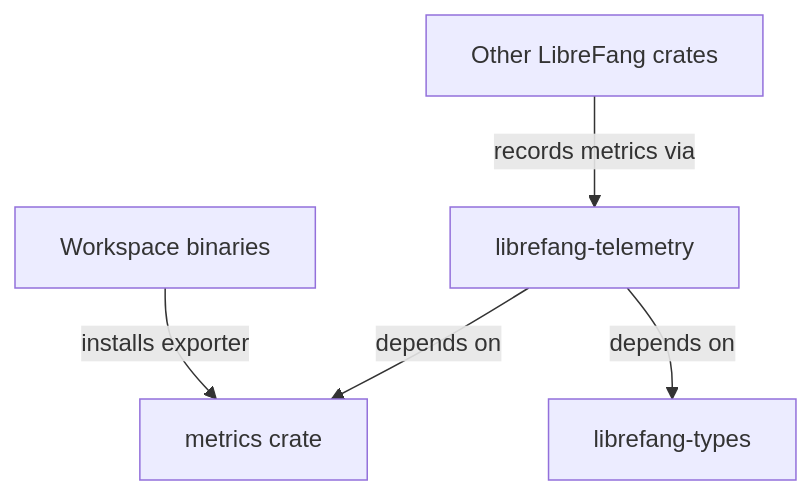
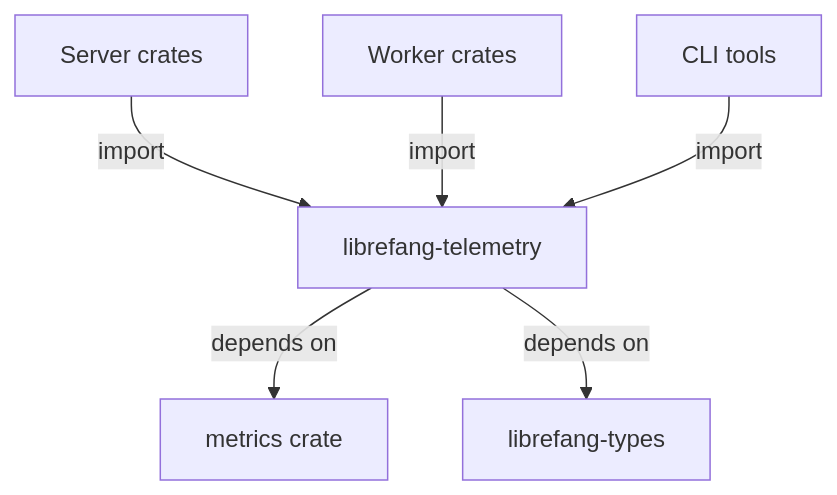
The diagram in other-librefang-telemetry.md (leszek3737/librefang-WIki), drawn with Mermaid before and after one commit. The commit also changed other lines of this file and 118 other files, not shown here.

````diff
--- a/other-librefang-telemetry.md
+++ b/other-librefang-telemetry.md
@@ -28,7 +13,8 @@
 ```mermaid
 graph TD
     A[librefang-telemetry] -->|depends on| B[metrics crate]
     A -->|depends on| C[librefang-types]
-    D[Workspace binaries] -->|installs exporter| B
-    E[Other LibreFang crates] -->|records metrics via| A
+    D[Server crates] -->|import| A
+    E[Worker crates] -->|import| A
+    F[CLI tools] -->|import| A
 ```
````
